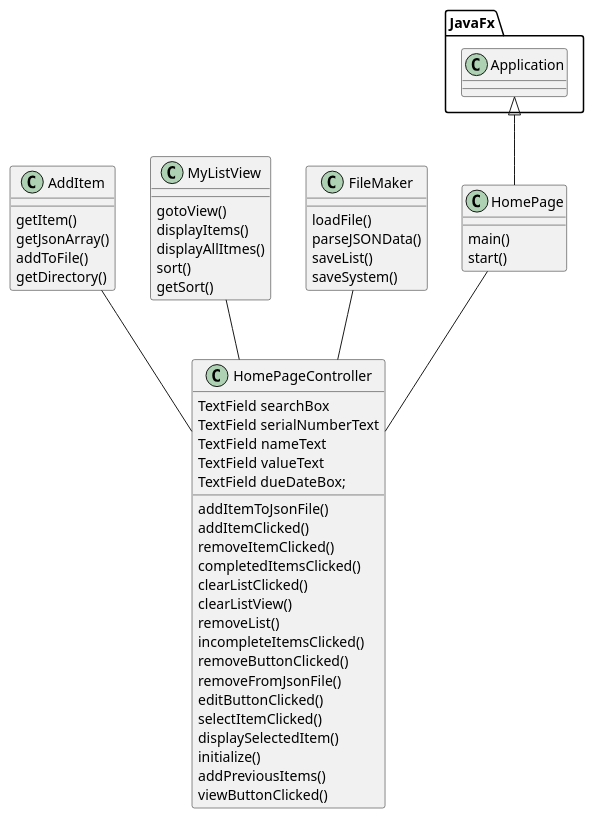
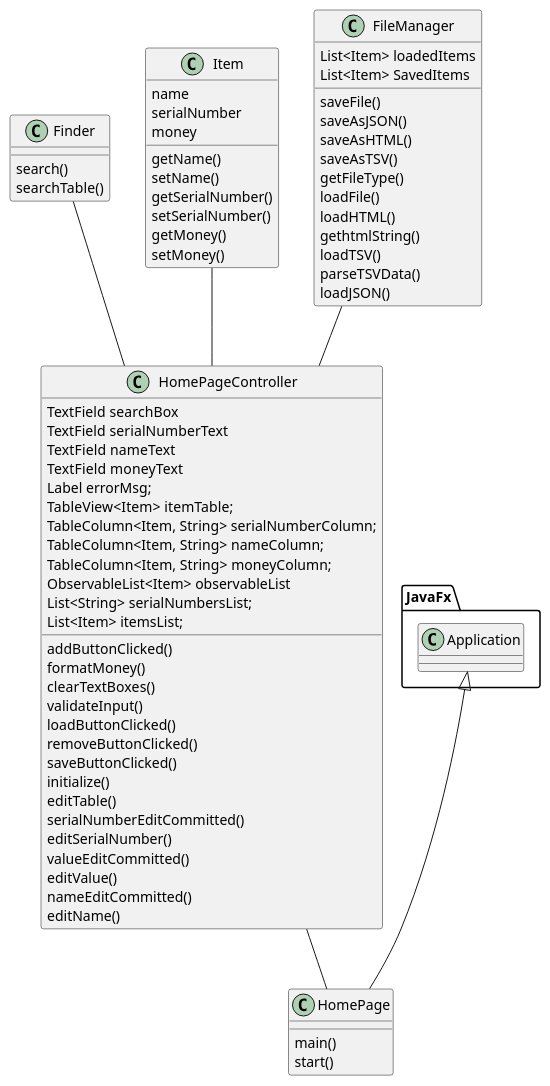
One commit to yuuniper/Inventory-Tracker changed the diagram in uml/InventoryTracker.puml. Above: the diagram before and after it, drawn with PlantUML. The commit also changed 12 other files, not shown here.

```diff
--- a/uml/InventoryTracker.puml
+++ b/uml/InventoryTracker.puml
@@ -1,66 +1,84 @@
 @startuml
 'https://plantuml.com/class-diagram
 
 Class HomePage{
 main()
 start()
 }
 
 
 
 Class HomePageController{
 
 TextField searchBox
 TextField serialNumberText
 TextField nameText
-TextField valueText
-TextField dueDateBox;
+TextField moneyText
+Label errorMsg;
+TableView<Item> itemTable;
+TableColumn<Item, String> serialNumberColumn;
+TableColumn<Item, String> nameColumn;
+TableColumn<Item, String> moneyColumn;
+ObservableList<Item> observableList
+List<String> serialNumbersList;
+List<Item> itemsList;
 
 
-addItemToJsonFile()
-addItemClicked()
-removeItemClicked()
-completedItemsClicked()
-clearListClicked()
-clearListView()
-removeList()
-incompleteItemsClicked()
+addButtonClicked()
+formatMoney()
+clearTextBoxes()
+validateInput()
+loadButtonClicked()
 removeButtonClicked()
- removeFromJsonFile()
-editButtonClicked()
-selectItemClicked()
-displaySelectedItem()
+saveButtonClicked()
 initialize()
-addPreviousItems()
-viewButtonClicked()
+editTable()
+serialNumberEditCommitted()
+editSerialNumber()
+valueEditCommitted()
+ editValue()
+ nameEditCommitted()
+ editName()
 }
 
-Class AddItem{
- getItem()
- getJsonArray()
- addToFile()
- getDirectory()
+
+Class Finder{
+search()
+searchTable()
 }
 
-Class MyListView{
-gotoView()
-displayItems()
-displayAllItmes()
-sort()
-getSort()
+Class Item{
+name
+serialNumber
+money
+getName()
+setName()
+getSerialNumber()
+setSerialNumber()
+getMoney()
+setMoney()
 }
 
-Class FileMaker{
+Class FileManager{
+List<Item> loadedItems
+List<Item> SavedItems
+saveFile()
+saveAsJSON()
+saveAsHTML()
+saveAsTSV()
+getFileType()
 loadFile()
-parseJSONData()
-saveList()
-saveSystem()
+loadHTML()
+gethtmlString()
+loadTSV()
+parseTSVData()
+loadJSON()
 }
 JavaFx.Application <|-- HomePage
 
 
-HomePage--HomePageController
-AddItem--HomePageController
-MyListView--HomePageController
-FileMaker--HomePageController
+Finder--HomePageController
+Item--HomePageController
+FileManager--HomePageController
+HomePageController--HomePage
 @enduml
```
